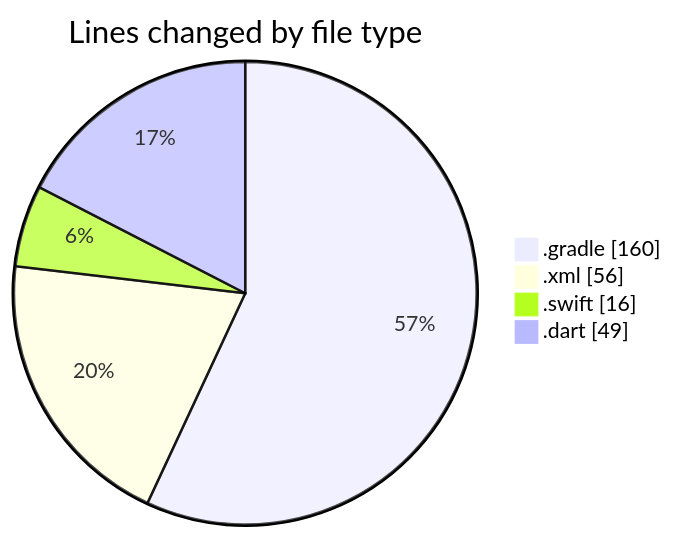
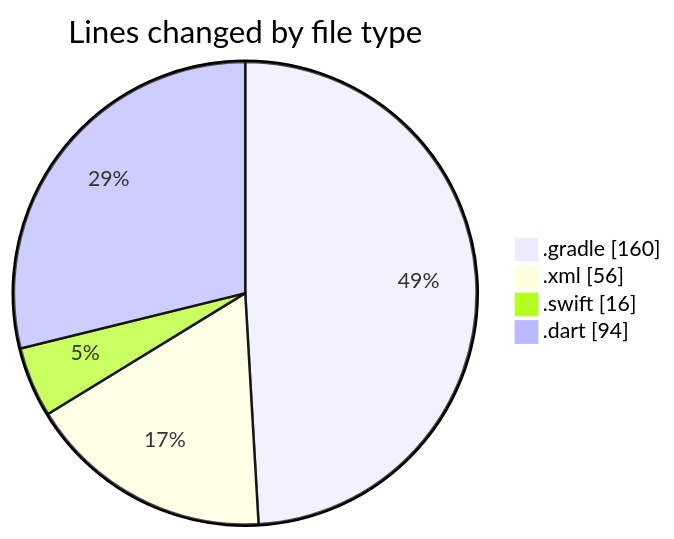
One commit to donsfak/code-tracking changed the first of 2 diagrams in 2025-01-01/uber_clone/README.md. Above: the diagram before and after it, drawn with Mermaid. The commit also changed other lines of this file and 1 other file, not shown here.

````diff
--- a/2025-01-01/uber_clone/README.md
+++ b/2025-01-01/uber_clone/README.md
@@ -24,8 +25,8 @@
 ```mermaid
 pie showData
 title Lines changed by file type
 ".gradle" : 160
 ".xml" : 56
 ".swift" : 16
-".dart" : 49
+".dart" : 94
 ```
````
